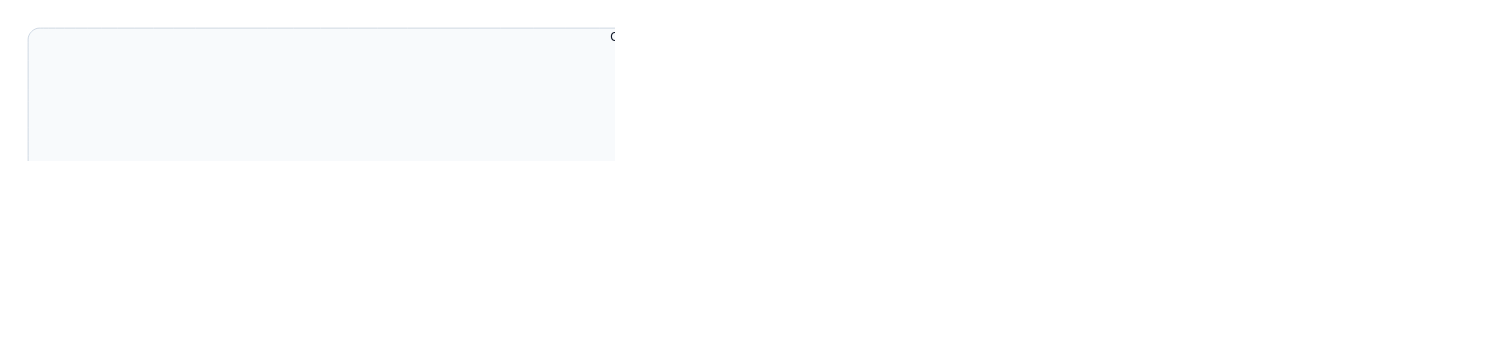
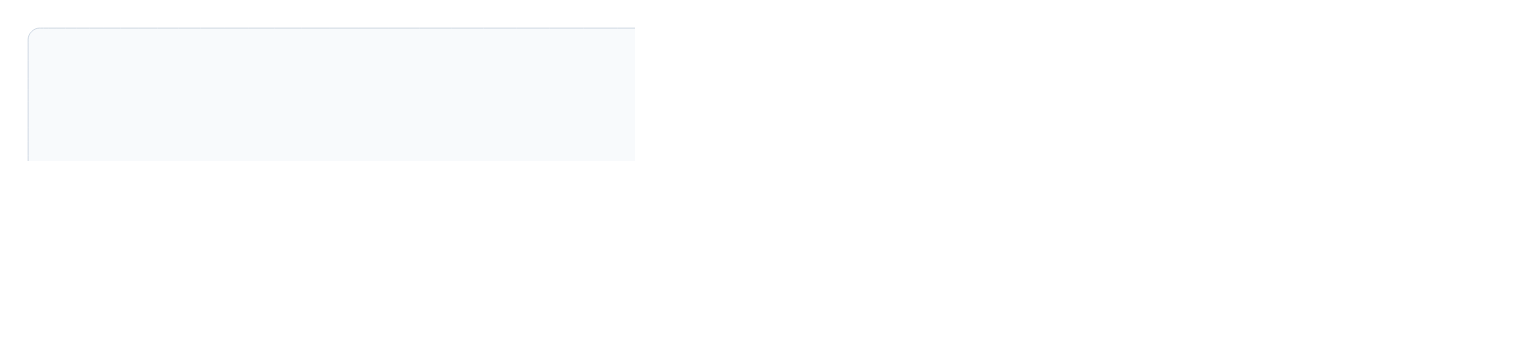
One commit to btanh3812155/survey-pipeline changed the diagram in docs/charts/dot/05_component_4_persistence_customer_delivery.dot. Above: the diagram before and after it, drawn with Graphviz. The commit also changed 30 other files, not shown here.

```diff
--- a/docs/charts/dot/05_component_4_persistence_customer_delivery.dot
+++ b/docs/charts/dot/05_component_4_persistence_customer_delivery.dot
@@ -1,67 +1,67 @@
 
 digraph G {
     graph [
         rankdir=LR,
         bgcolor="white",
         dpi=180,
         compound=true,
         nodesep=0.45,
         ranksep=0.75,
         fontname="Helvetica, Arial, sans-serif",
         fontsize=13,
         fontcolor="#111827",
         pad="0.3,0.3"
     ];
     node [
         fontname="Helvetica, Arial, sans-serif",
         fontsize=11,
         fontcolor="#111827",
         shape=box,
         style="rounded,filled",
         fillcolor="#f9fafb",
         color="#9ca3af",
         penwidth=1.5,
         margin="0.2,0.12"
     ];
     edge [
         fontname="Helvetica, Arial, sans-serif",
         fontsize=10,
         fontcolor="#4b5563",
         color="#4b5563",
         penwidth=1.3,
         arrowsize=0.85
     ];
 
     subgraph cluster_persistence {
         label="Component 4: Persistence, Transactional Outbox & Delivery";
         style="rounded,filled";
         fillcolor="#f8fafc";
         color="#cbd5e1";
 
-        approved_in [label="Approved Survey Event", fillcolor="#dcfce7", color="#16a34a"];
+        survey_event_in [label="Survey Event\n(Approved or Rejected)", fillcolor="#e0f2fe", color="#0284c7"];
         sql_tx [label="PostgreSQL Atomic Transaction\n(BEGIN ... COMMIT)", fillcolor="#ffffff", color="#64748b"];
-        sub_table [label="INSERT survey_submissions\n(status = APPROVED)", fillcolor="#e0f2fe", color="#0284c7"];
-        outbox_table [label="INSERT outbox_events\n(status = PENDING)", fillcolor="#fee2e2", color="#dc2626"];
-        tg_push [label="Telegram Bot API Push\n(Dispatches Instant Approval Notice to Driver)", fillcolor="#e0f2fe", color="#0284c7"];
+        sub_table [label="INSERT survey_submissions\n(status: APPROVED or REJECTED)", fillcolor="#e0f2fe", color="#0284c7"];
+        outbox_table [label="INSERT outbox_events\n(status = PENDING for Approved)", fillcolor="#fee2e2", color="#dc2626"];
+        tg_push [label="Telegram Bot Response\n(Pushed directly to Driver DM:\nApproval Confirmation or Rejection + Retake Link)", fillcolor="#e0f2fe", color="#0284c7"];
 
         poller [label="Background Outbox Worker\n(SELECT FOR UPDATE SKIP LOCKED)", fillcolor="#fef3c7", color="#d97706"];
         r2_upload [label="Cloudflare R2 Object Storage\n(Upload WebP, $0 Egress)", fillcolor="#ffffff", color="#64748b"];
         ledger_credit [label="Credit Payout to Ledger\ncollaborator_billing_ledger", fillcolor="#dcfce7", color="#16a34a"];
 
         gdrive_sync [label="Google Drive API Delivery\n(Service Account Upload)", fillcolor="#e0e7ff", color="#4338ca"];
         gdrive_folder [label="Customer Delivery Folder\n(YYYY-MM-DD/Client_Spreadsheet.xlsx)", fillcolor="#dcfce7", color="#16a34a"];
 
         lark_sync [label="Lark Base Bi-directional Sync\n(Updates Management Dashboard)", fillcolor="#ede9fe", color="#7c3aed"];
         zns_notify [label="Zalo ZNS Official Thank-You\n(Delivered to Driver Phone)", fillcolor="#e0f2fe", color="#0284c7"];
     }
-    approved_in -> sql_tx;
+    survey_event_in -> sql_tx;
     sql_tx -> sub_table;
-    sql_tx -> outbox_table;
-    sub_table -> tg_push [label="Committed State -> Immediate Push"];
+    sql_tx -> outbox_table [label="If Approved"];
+    sub_table -> tg_push [label="Direct DM Push to Driver\n(Approved or Rejected)"];
     outbox_table -> poller [label="Poll Events"];
     poller -> r2_upload;
     poller -> ledger_credit;
     poller -> gdrive_sync -> gdrive_folder;
     poller -> lark_sync;
     poller -> zns_notify;
 }
```
